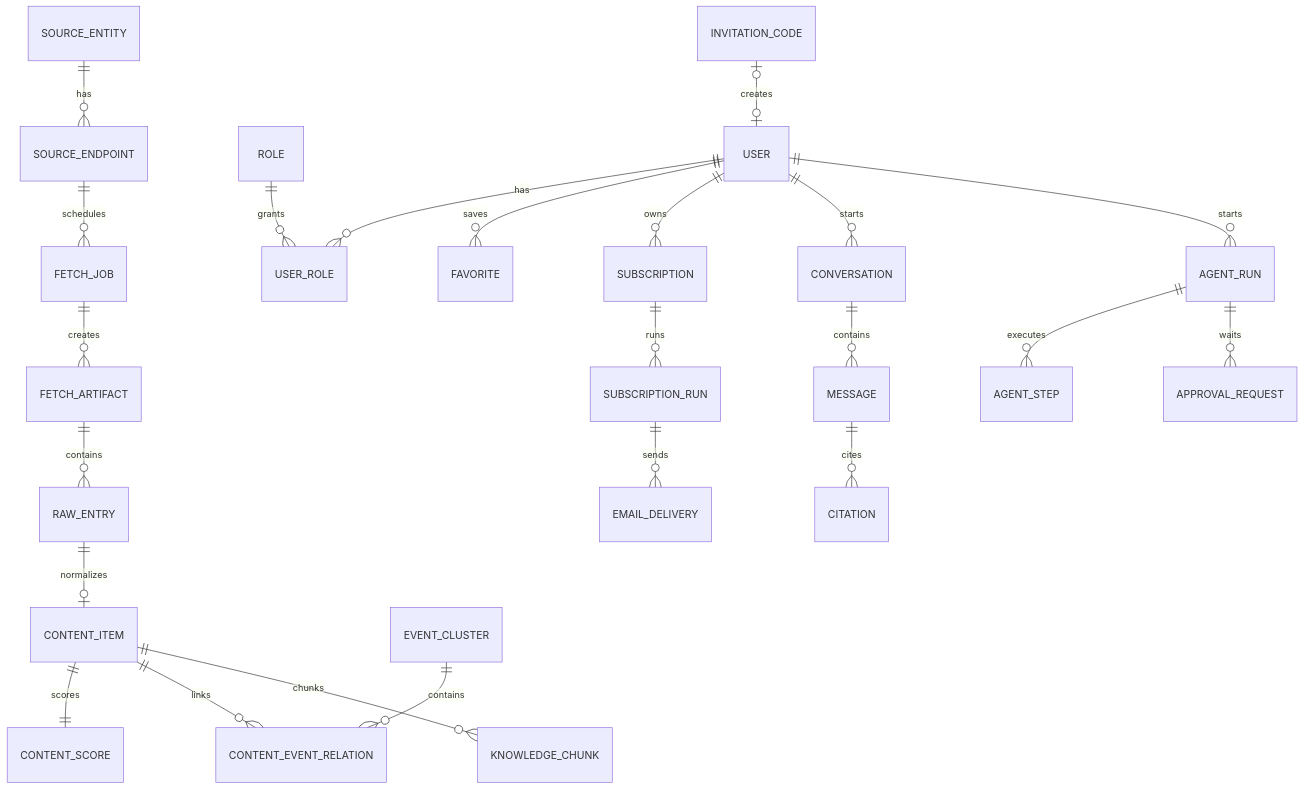
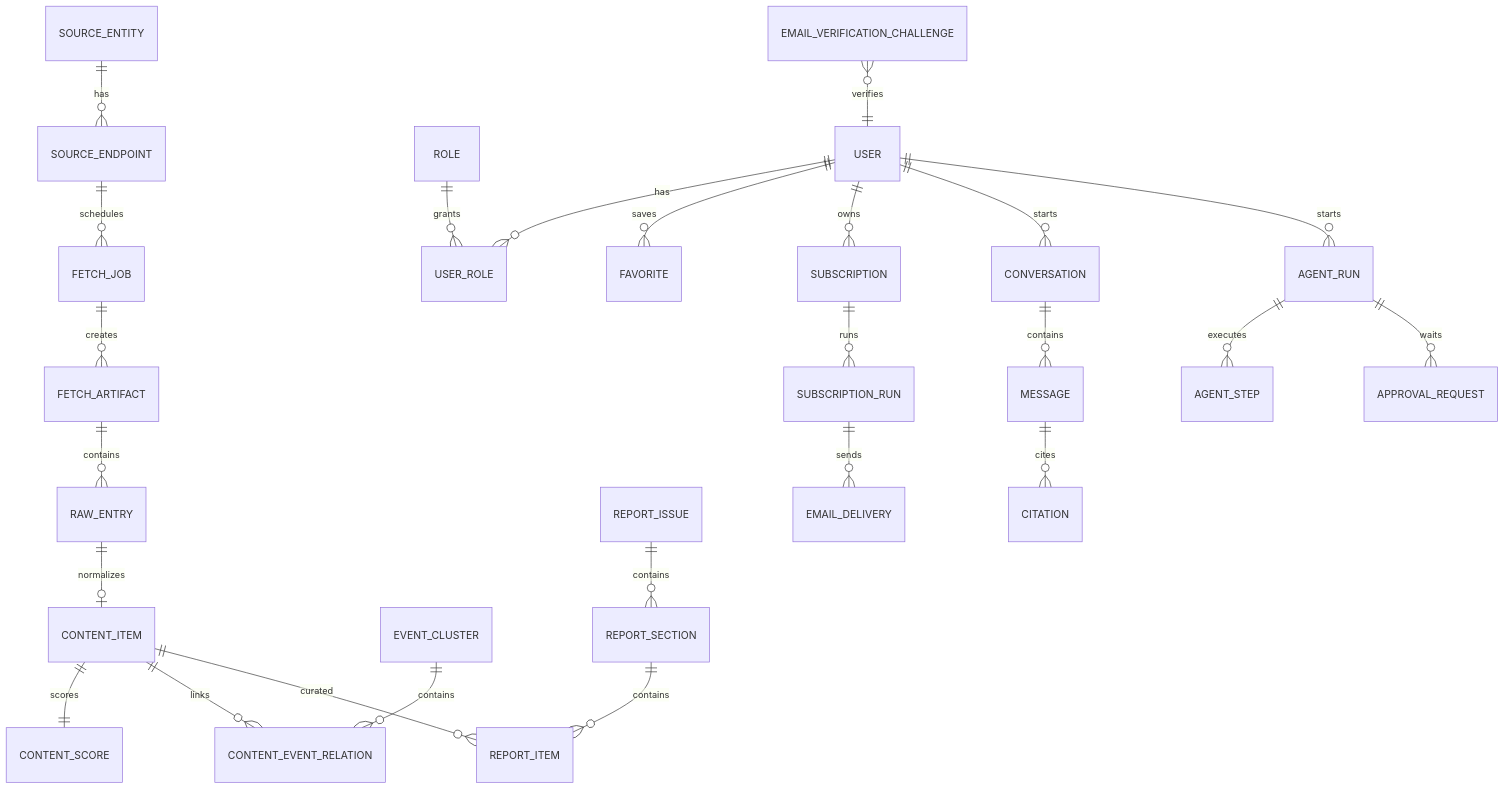
Before and after one commit to linruibang19-home/AI-Hotspot: the diagram in AI Hotspot 项目方案/06 数据库与数据治理/数据模型总览.md, drawn with Mermaid. The commit also changed other lines of this file and 39 other files, not shown here.

````diff
--- a/AI Hotspot 项目方案/06 数据库与数据治理/数据模型总览.md
+++ b/AI Hotspot 项目方案/06 数据库与数据治理/数据模型总览.md
@@ -21,25 +21,27 @@
 ```mermaid
 erDiagram
     USER ||--o{ USER_ROLE : has
     ROLE ||--o{ USER_ROLE : grants
-    INVITATION_CODE o|--o| USER : creates
+    EMAIL_VERIFICATION_CHALLENGE }o--|| USER : verifies
     SOURCE_ENTITY ||--o{ SOURCE_ENDPOINT : has
     SOURCE_ENDPOINT ||--o{ FETCH_JOB : schedules
     FETCH_JOB ||--o{ FETCH_ARTIFACT : creates
     FETCH_ARTIFACT ||--o{ RAW_ENTRY : contains
     RAW_ENTRY ||--o| CONTENT_ITEM : normalizes
     CONTENT_ITEM ||--|| CONTENT_SCORE : scores
     CONTENT_ITEM ||--o{ CONTENT_EVENT_RELATION : links
     EVENT_CLUSTER ||--o{ CONTENT_EVENT_RELATION : contains
-    CONTENT_ITEM ||--o{ KNOWLEDGE_CHUNK : chunks
+    CONTENT_ITEM ||--o{ REPORT_ITEM : curated
+    REPORT_ISSUE ||--o{ REPORT_SECTION : contains
+    REPORT_SECTION ||--o{ REPORT_ITEM : contains
     USER ||--o{ FAVORITE : saves
     USER ||--o{ SUBSCRIPTION : owns
     SUBSCRIPTION ||--o{ SUBSCRIPTION_RUN : runs
     SUBSCRIPTION_RUN ||--o{ EMAIL_DELIVERY : sends
     USER ||--o{ CONVERSATION : starts
     CONVERSATION ||--o{ MESSAGE : contains
     MESSAGE ||--o{ CITATION : cites
     USER ||--o{ AGENT_RUN : starts
     AGENT_RUN ||--o{ AGENT_STEP : executes
     AGENT_RUN ||--o{ APPROVAL_REQUEST : waits
 ```
````
